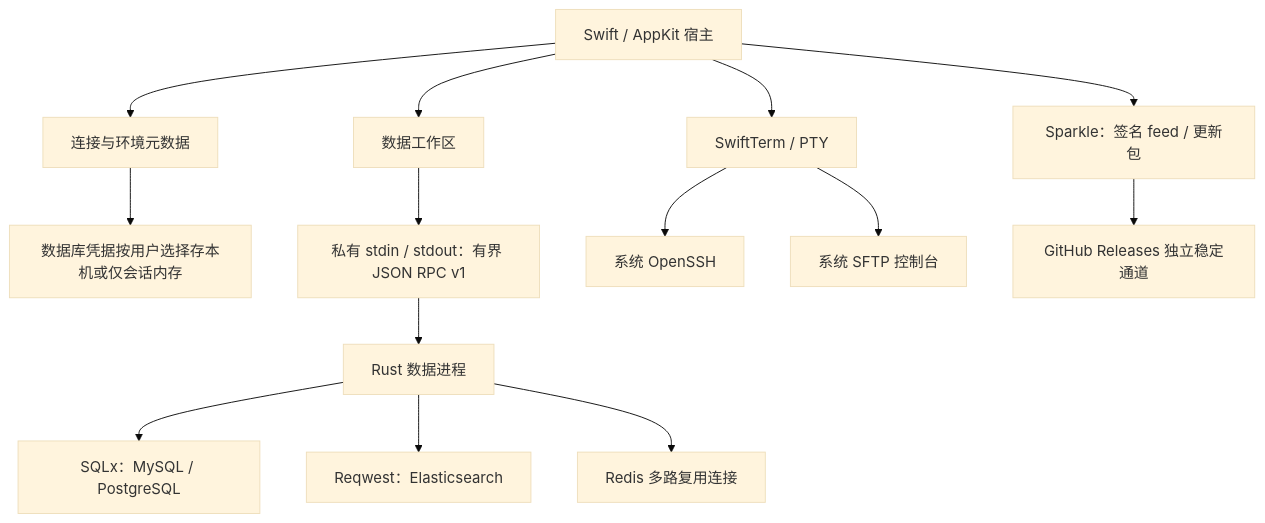
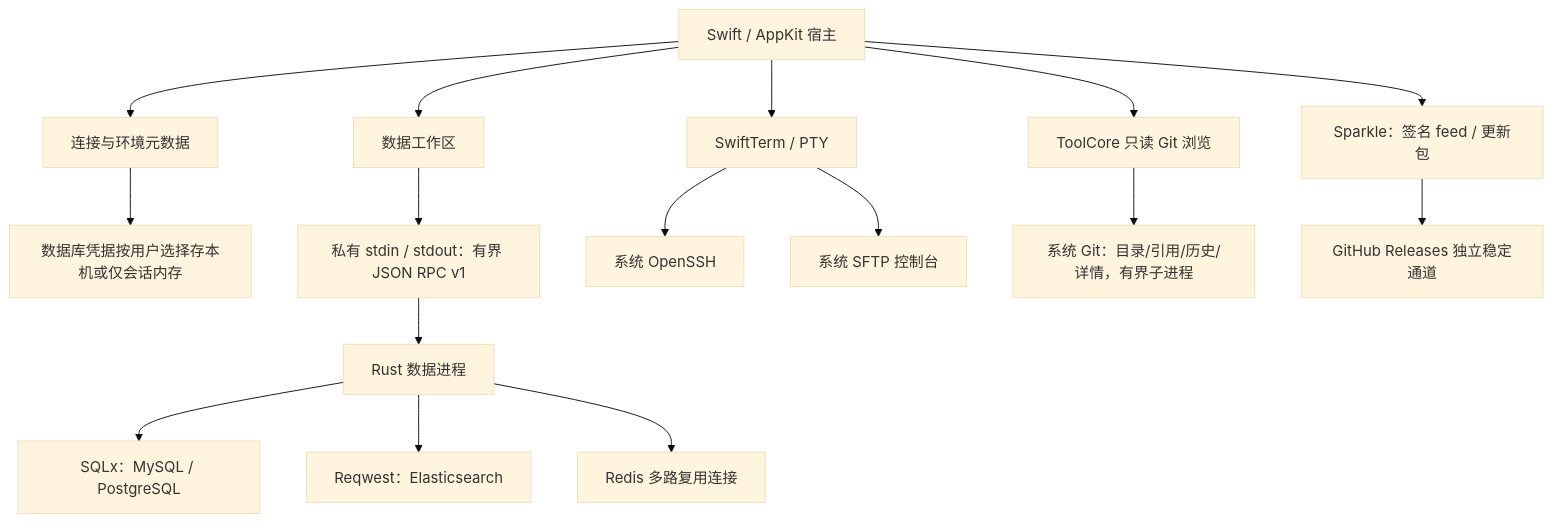
The diagram in docs/ARCHITECTURE.md (anjing-le/cs-tool-x), drawn with Mermaid (base theme) before and after one commit. The commit also changed other lines of this file and 25 other files, not shown here.

````diff
--- a/docs/ARCHITECTURE.md
+++ b/docs/ARCHITECTURE.md
@@ -9,16 +9,18 @@
 ```mermaid
 flowchart TB
     UI[Swift / AppKit 宿主] --> Connections[连接与环境元数据]
     Connections --> Memory[数据库凭据按用户选择存本机或仅会话内存]
     UI --> Data[数据工作区]
     Data --> IPC[私有 stdin / stdout：有界 JSON RPC v1]
     IPC --> Rust[Rust 数据进程]
     Rust --> SQL[SQLx：MySQL / PostgreSQL]
     Rust --> ES[Reqwest：Elasticsearch]
     Rust --> Redis[Redis 多路复用连接]
     UI --> Terminal[SwiftTerm / PTY]
     Terminal --> SSH[系统 OpenSSH]
     Terminal --> SFTP[系统 SFTP 控制台]
+    UI --> GitBrowser[ToolCore 只读 Git 浏览]
+    GitBrowser --> Git[系统 Git：目录/引用/历史/详情，有界子进程]
     UI --> Sparkle[Sparkle：签名 feed / 更新包]
     Sparkle --> Releases[GitHub Releases 独立稳定通道]
 ```
````
